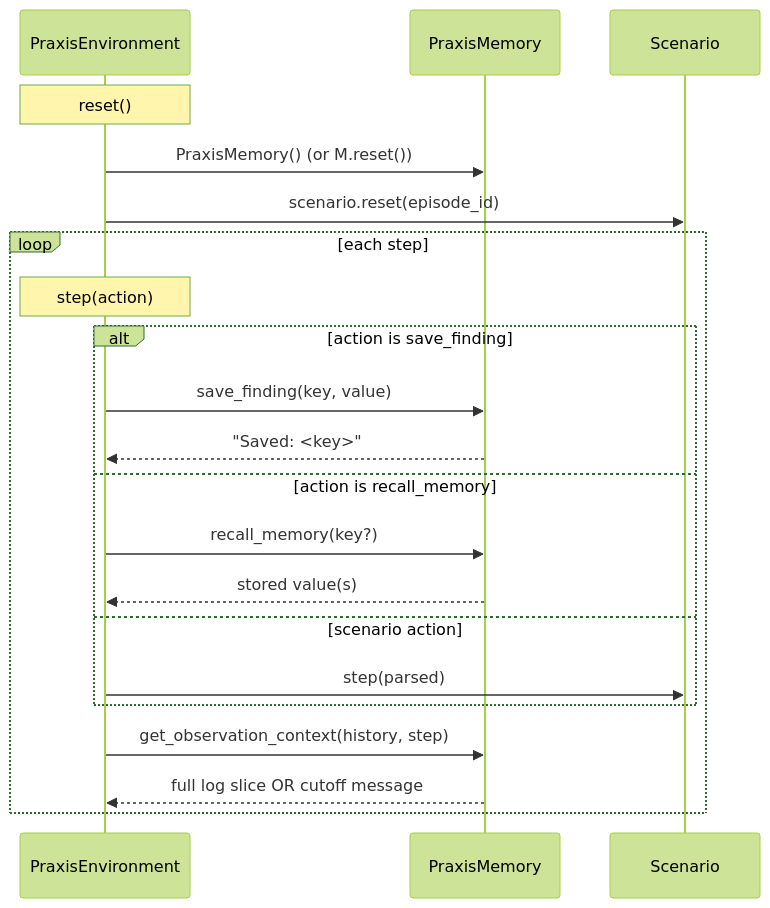
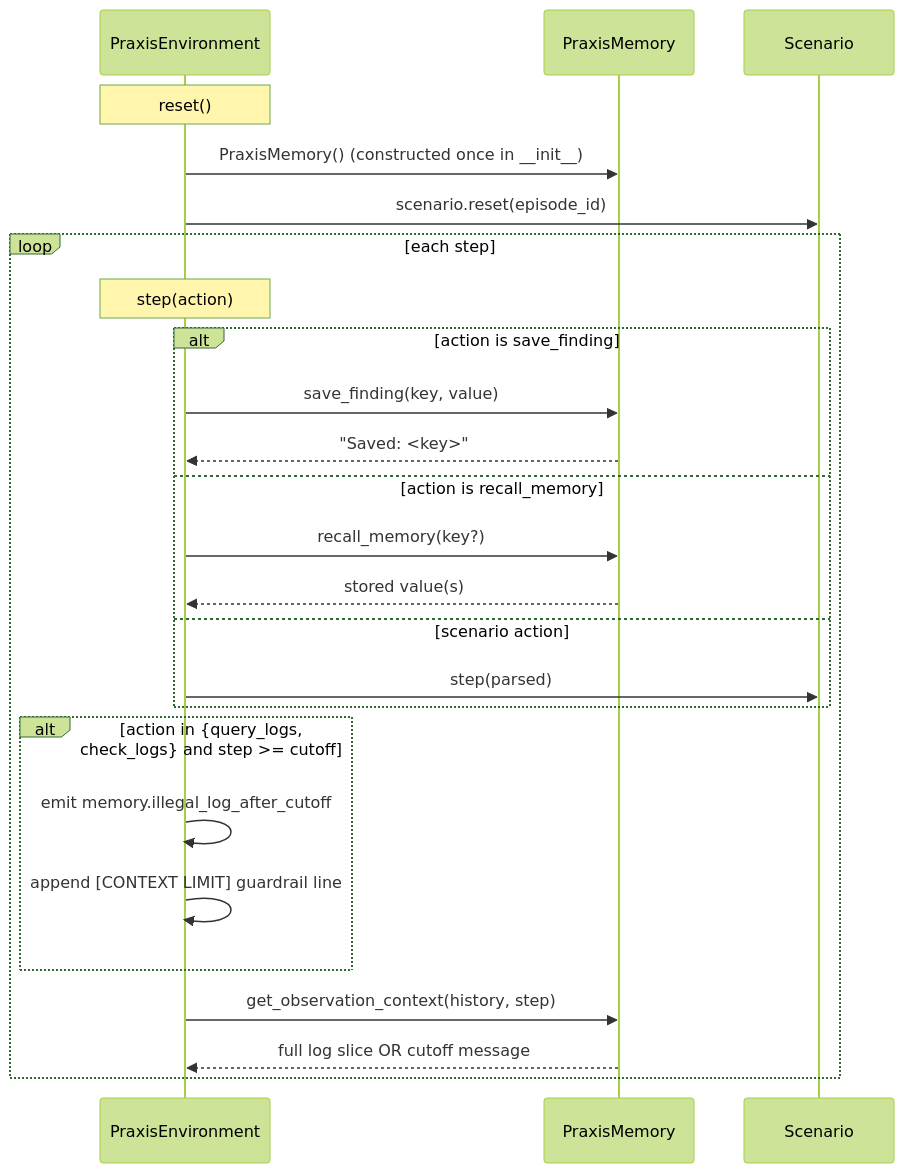
The diagram in idea/Plan/Architecture/MemoryModel.md (Gokul287/Praxis), drawn with Mermaid (forest theme) before and after one commit. The commit also changed other lines of this file and 6 other files, not shown here.

First line of the commit message:
fix: integrate PraxisEnvironment memory cutoff flow

````diff
--- a/idea/Plan/Architecture/MemoryModel.md
+++ b/idea/Plan/Architecture/MemoryModel.md
@@ -44,25 +46,29 @@
 ```mermaid
 sequenceDiagram
     participant E as PraxisEnvironment
     participant M as PraxisMemory
     participant SC as Scenario
 
     Note over E: reset()
-    E->>M: PraxisMemory()  (or M.reset())
+    E->>M: PraxisMemory()  (constructed once in __init__)
     E->>SC: scenario.reset(episode_id)
 
     loop each step
         Note over E: step(action)
         alt action is save_finding
             E->>M: save_finding(key, value)
             M-->>E: "Saved: <key>"
         else action is recall_memory
             E->>M: recall_memory(key?)
             M-->>E: stored value(s)
         else scenario action
             E->>SC: step(parsed)
         end
+        alt action in {query_logs, check_logs} and step >= cutoff
+            E->>E: emit memory.illegal_log_after_cutoff
+            E->>E: append [CONTEXT LIMIT] guardrail line
+        end
         E->>M: get_observation_context(history, step)
         M-->>E: full log slice OR cutoff message
     end
 ```
````
